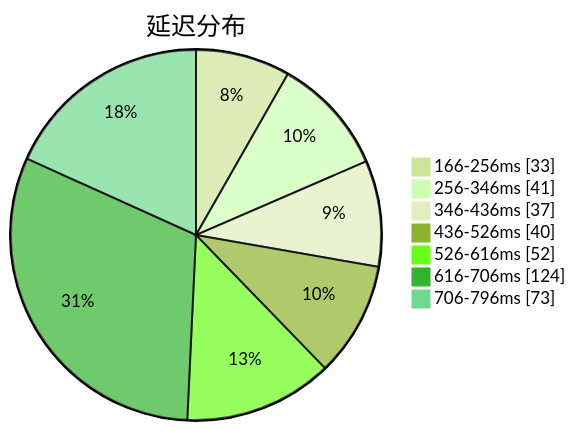
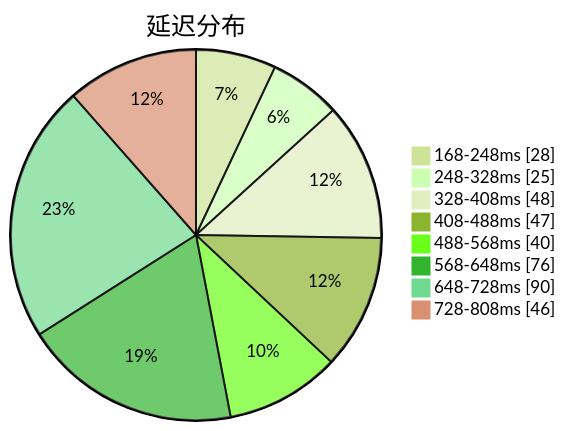
Before and after one commit to qjlxg/airport: the first of 3 diagrams in subs/statistics/tested_within.md, drawn with Mermaid (forest theme). The commit also changed other lines of this file and 2 other files, not shown here.

````diff
--- a/subs/statistics/tested_within.md
+++ b/subs/statistics/tested_within.md
@@ -2,11 +2,12 @@
 ```mermaid
 pie showData
 title 延迟分布
-"166-256ms" : 33
-"256-346ms" : 41
-"346-436ms" : 37
-"436-526ms" : 40
-"526-616ms" : 52
-"616-706ms" : 124
-"706-796ms" : 73
+"168-248ms" : 28
+"248-328ms" : 25
+"328-408ms" : 48
+"408-488ms" : 47
+"488-568ms" : 40
+"568-648ms" : 76
+"648-728ms" : 90
+"728-808ms" : 46
 ```
````
